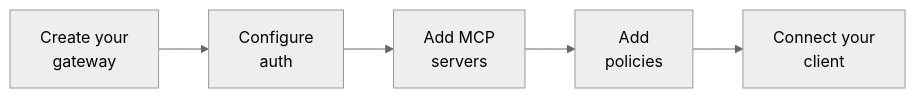
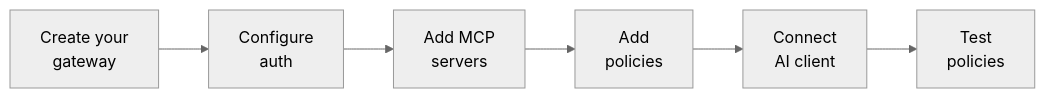
Before and after one commit to dtwoai/plugins: the first of 2 diagrams in dtwo/skills/setup/SKILL.md, drawn with Mermaid (neutral theme). The commit also changed other lines of this file, not shown here.

````diff
--- a/dtwo/skills/setup/SKILL.md
+++ b/dtwo/skills/setup/SKILL.md
@@ -35,7 +35,8 @@
   ```mermaid
   flowchart LR
       A[Create your<br/>gateway] --> B[Configure<br/>auth]
       B --> C[Add MCP<br/>servers]
       C --> D[Add<br/>policies]
-      D --> E[Connect your<br/>client]
+      D --> E[Connect<br/>AI client]
+      E --> F[Test<br/>policies]
   ```
````
